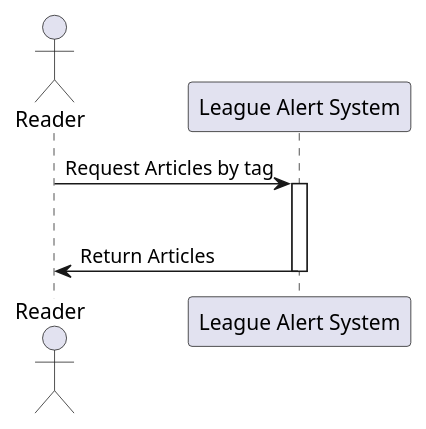
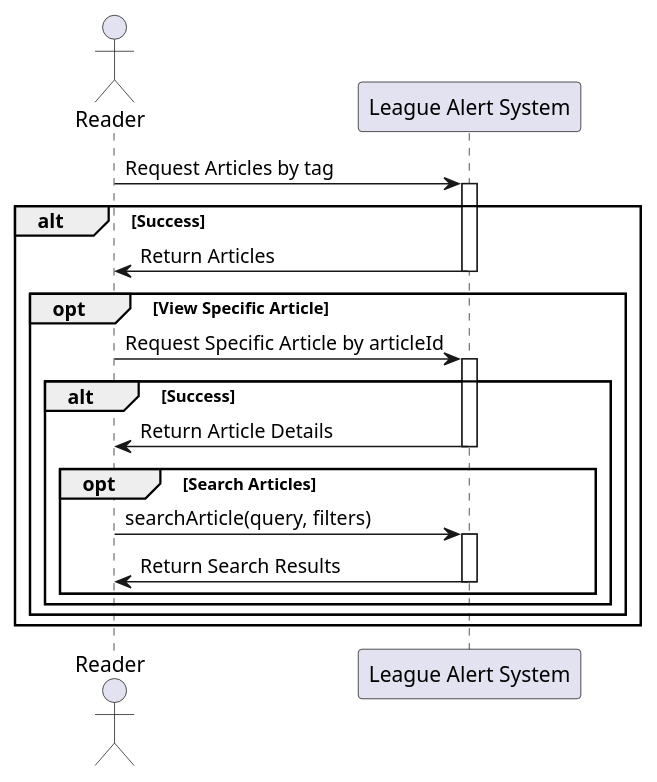
One commit to Valthefirst/league_alerts-ChamplainECP changed the diagram in Diagrams/SSD/Reader SSDs/READ-1.0 SSD.puml. Above: the diagram before and after it, drawn with PlantUML. The commit also changed 5 other files, not shown here.

Commit message:
Added diagrams

```diff
--- a/Diagrams/SSD/Reader SSDs/READ-1.0 SSD.puml
+++ b/Diagrams/SSD/Reader SSDs/READ-1.0 SSD.puml
@@ -1,16 +1,30 @@
 @startuml viewArticle
 actor Reader
 participant "League Alert System" as LAS
 
 Reader -> LAS : Request Articles by tag
 activate LAS
 
 alt Success
     LAS -> Reader : Return Articles
+    deactivate LAS
 
-deactivate LAS
+    opt View Specific Article
+        Reader -> LAS : Request Specific Article by articleId
+        activate LAS
 
+        alt Success
+            LAS -> Reader : Return Article Details
+            deactivate LAS
 
+            opt Search Articles
+                Reader -> LAS : searchArticle(query, filters)
+                activate LAS
+                    LAS -> Reader : Return Search Results
+                deactivate LAS
+            end opt
+        end alt
+    end opt
+end alt
 
-deactivate LAS
 @enduml
```
